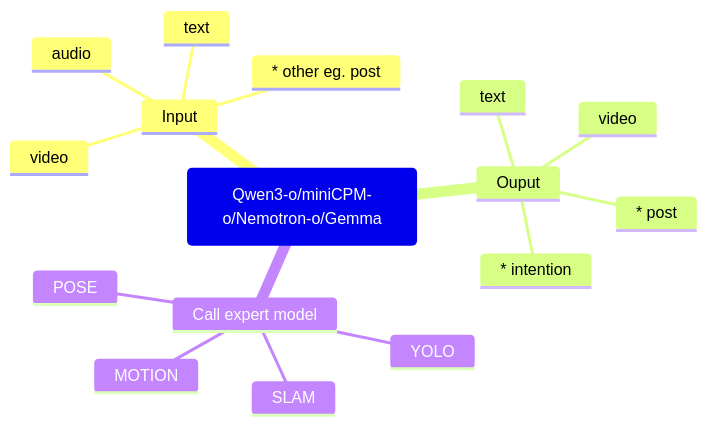
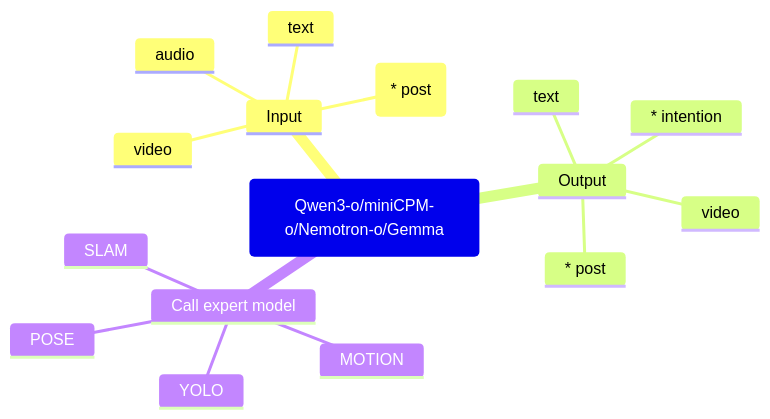
One commit to Yigu-YM/Note changed the diagram in multimodal/survey.md. Above: the diagram before and after it, drawn with Mermaid. The commit also changed other lines of this file, not shown here.

````diff
--- a/multimodal/survey.md
+++ b/multimodal/survey.md
@@ -10,19 +23,19 @@
 ```mermaid
 mindmap
     VLM_BaseModel(Qwen3-o/miniCPM-o/Nemotron-o/Gemma)
         Input
             video
             audio
             text
-            * other eg. post
-        Ouput
+            other(* post)
+        Output
             text
             video
             * post
             * intention
         Call expert model
             YOLO
             SLAM
             POSE
             MOTION
 ```
````
